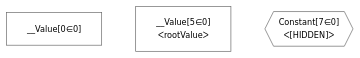
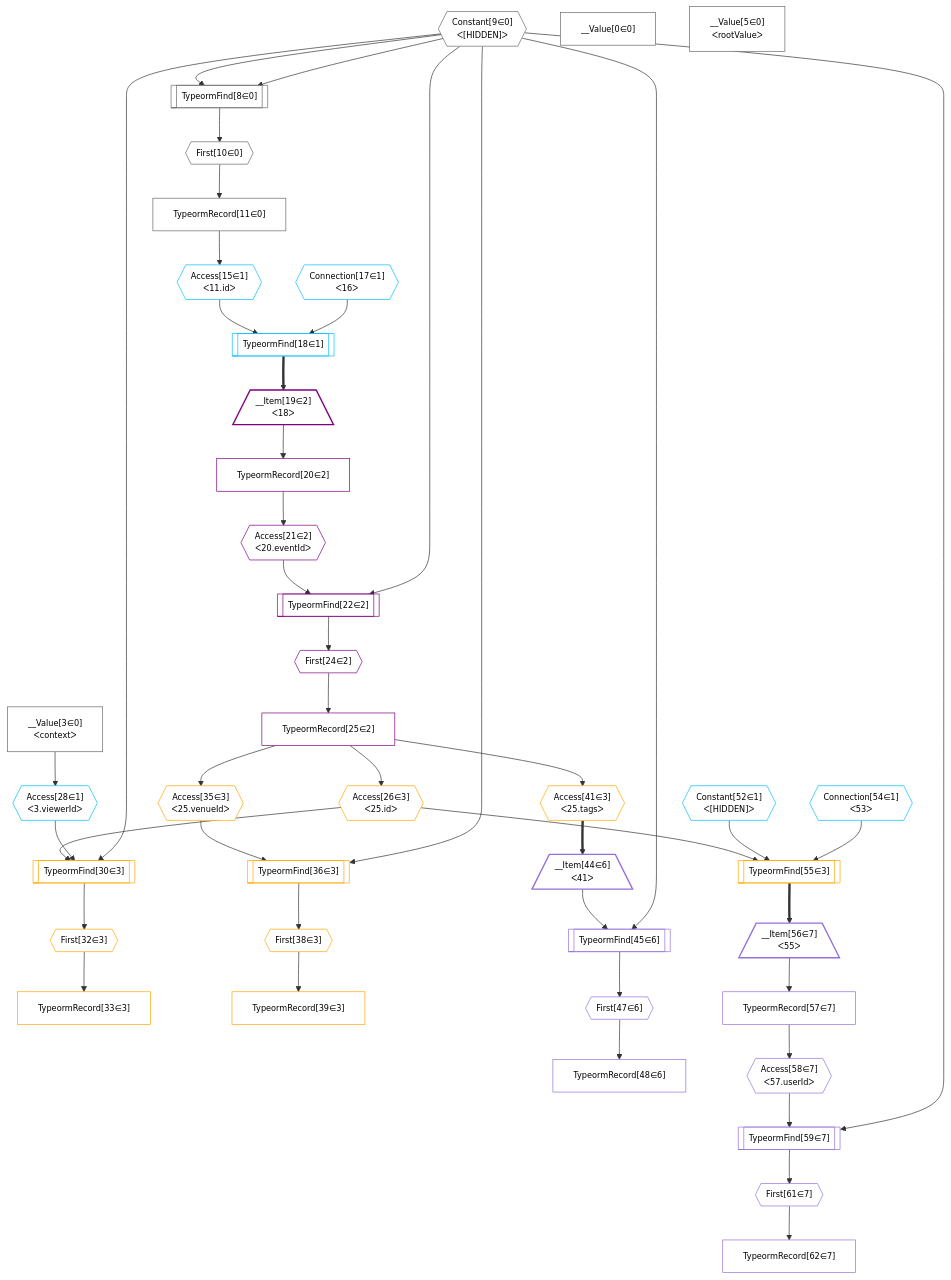
Before and after one commit to benjie/grafast-typeorm-example: the diagram in plan.mermaid, drawn with Mermaid.

Commit message:
Add mermaid plan diagram

```diff
--- a/plan.mermaid
+++ b/plan.mermaid
@@ -1,19 +1,95 @@
 %%{init: {'themeVariables': { 'fontSize': '12px'}}}%%
 flowchart TD
     classDef path fill:#eee,stroke:#000,color:#000
     classDef plan fill:#fff,stroke-width:1px,color:#000
     classDef itemplan fill:#fff,stroke-width:2px,color:#000
     classDef unbatchedplan fill:#dff,stroke-width:1px,color:#000
     classDef sideeffectplan fill:#fcc,stroke-width:2px,color:#000
     classDef bucket fill:#f6f6f6,color:#000,stroke-width:2px,text-align:left
 
 
     %% plan dependencies
+    TypeormFind8[["TypeormFind[8∈0]"]]:::plan
+    Constant9{{"Constant[9∈0]<br />ᐸ[HIDDEN]ᐳ"}}:::plan
+    Constant9 & Constant9 --> TypeormFind8
+    First10{{"First[10∈0]"}}:::plan
+    TypeormFind8 --> First10
+    TypeormRecord11["TypeormRecord[11∈0]"]:::plan
+    First10 --> TypeormRecord11
     __Value0["__Value[0∈0]"]:::plan
+    __Value3["__Value[3∈0]<br />ᐸcontextᐳ"]:::plan
     __Value5["__Value[5∈0]<br />ᐸrootValueᐳ"]:::plan
-    Constant7{{"Constant[7∈0]<br />ᐸ[HIDDEN]ᐳ"}}:::plan
+    TypeormFind18[["TypeormFind[18∈1]"]]:::plan
+    Access15{{"Access[15∈1]<br />ᐸ11.idᐳ"}}:::plan
+    Connection17{{"Connection[17∈1]<br />ᐸ16ᐳ"}}:::plan
+    Access15 & Connection17 --> TypeormFind18
+    TypeormRecord11 --> Access15
+    Access28{{"Access[28∈1]<br />ᐸ3.viewerIdᐳ"}}:::plan
+    __Value3 --> Access28
+    Constant52{{"Constant[52∈1]<br />ᐸ[HIDDEN]ᐳ"}}:::plan
+    Connection54{{"Connection[54∈1]<br />ᐸ53ᐳ"}}:::plan
+    TypeormFind22[["TypeormFind[22∈2]"]]:::plan
+    Access21{{"Access[21∈2]<br />ᐸ20.eventIdᐳ"}}:::plan
+    Access21 & Constant9 --> TypeormFind22
+    __Item19[/"__Item[19∈2]<br />ᐸ18ᐳ"\]:::itemplan
+    TypeormFind18 ==> __Item19
+    TypeormRecord20["TypeormRecord[20∈2]"]:::plan
+    __Item19 --> TypeormRecord20
+    TypeormRecord20 --> Access21
+    First24{{"First[24∈2]"}}:::plan
+    TypeormFind22 --> First24
+    TypeormRecord25["TypeormRecord[25∈2]"]:::plan
+    First24 --> TypeormRecord25
+    TypeormFind30[["TypeormFind[30∈3]"]]:::plan
+    Access26{{"Access[26∈3]<br />ᐸ25.idᐳ"}}:::plan
+    Access26 & Access28 & Constant9 --> TypeormFind30
+    TypeormFind55[["TypeormFind[55∈3]"]]:::plan
+    Access26 & Constant52 & Connection54 --> TypeormFind55
+    TypeormFind36[["TypeormFind[36∈3]"]]:::plan
+    Access35{{"Access[35∈3]<br />ᐸ25.venueIdᐳ"}}:::plan
+    Access35 & Constant9 --> TypeormFind36
+    TypeormRecord25 --> Access26
+    First32{{"First[32∈3]"}}:::plan
+    TypeormFind30 --> First32
+    TypeormRecord33["TypeormRecord[33∈3]"]:::plan
+    First32 --> TypeormRecord33
+    TypeormRecord25 --> Access35
+    First38{{"First[38∈3]"}}:::plan
+    TypeormFind36 --> First38
+    TypeormRecord39["TypeormRecord[39∈3]"]:::plan
+    First38 --> TypeormRecord39
+    Access41{{"Access[41∈3]<br />ᐸ25.tagsᐳ"}}:::plan
+    TypeormRecord25 --> Access41
+    TypeormFind45[["TypeormFind[45∈6]"]]:::plan
+    __Item44[/"__Item[44∈6]<br />ᐸ41ᐳ"\]:::itemplan
+    __Item44 & Constant9 --> TypeormFind45
+    Access41 ==> __Item44
+    First47{{"First[47∈6]"}}:::plan
+    TypeormFind45 --> First47
+    TypeormRecord48["TypeormRecord[48∈6]"]:::plan
+    First47 --> TypeormRecord48
+    TypeormFind59[["TypeormFind[59∈7]"]]:::plan
+    Access58{{"Access[58∈7]<br />ᐸ57.userIdᐳ"}}:::plan
+    Access58 & Constant9 --> TypeormFind59
+    __Item56[/"__Item[56∈7]<br />ᐸ55ᐳ"\]:::itemplan
+    TypeormFind55 ==> __Item56
+    TypeormRecord57["TypeormRecord[57∈7]"]:::plan
+    __Item56 --> TypeormRecord57
+    TypeormRecord57 --> Access58
+    First61{{"First[61∈7]"}}:::plan
+    TypeormFind59 --> First61
+    TypeormRecord62["TypeormRecord[62∈7]"]:::plan
+    First61 --> TypeormRecord62
 
     %% define steps
 
     classDef bucket0 stroke:#696969
-    class Bucket0,__Value0,__Value5,Constant7 bucket0
+    class Bucket0,__Value0,__Value3,__Value5,TypeormFind8,Constant9,First10,TypeormRecord11 bucket0
+    classDef bucket1 stroke:#00bfff
+    class Bucket1,Access15,Connection17,TypeormFind18,Access28,Constant52,Connection54 bucket1
+    classDef bucket2 stroke:#7f007f
+    class Bucket2,__Item19,TypeormRecord20,Access21,TypeormFind22,First24,TypeormRecord25 bucket2
+    classDef bucket3 stroke:#ffa500
+    class Bucket3,Access26,TypeormFind30,First32,TypeormRecord33,Access35,TypeormFind36,First38,TypeormRecord39,Access41,TypeormFind55 bucket3
+    classDef bucket4 stroke:#0000ff
+    class Bucket4 bucket4
```
